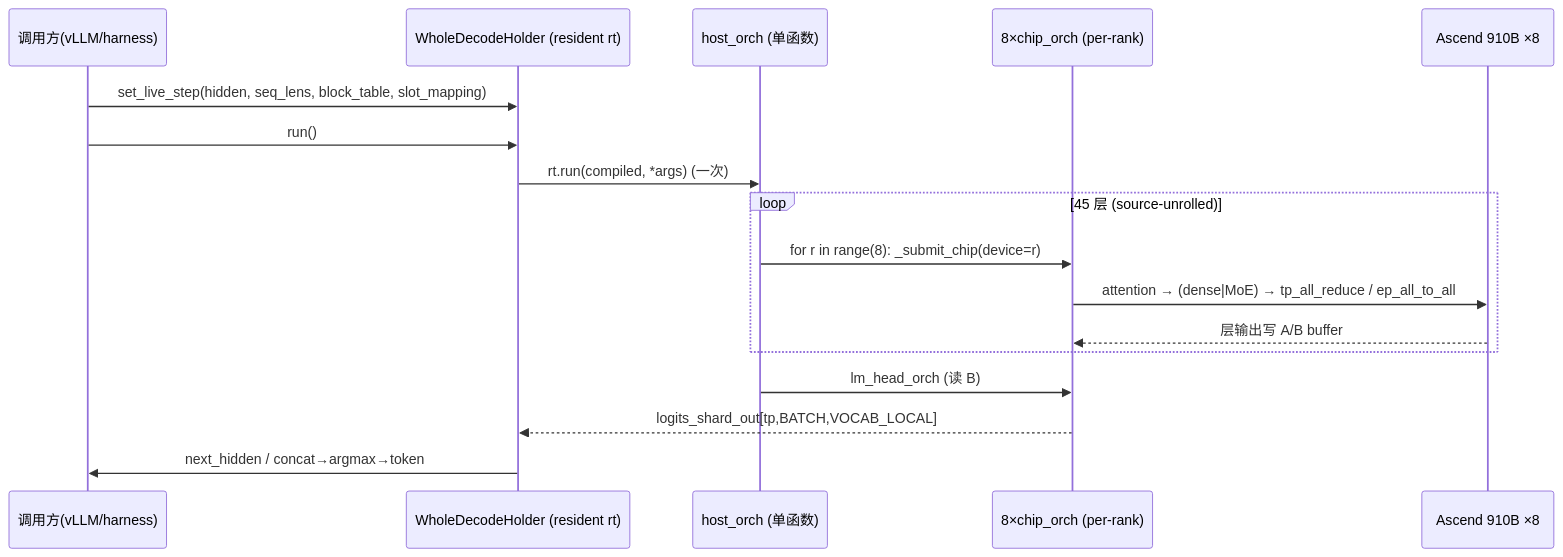
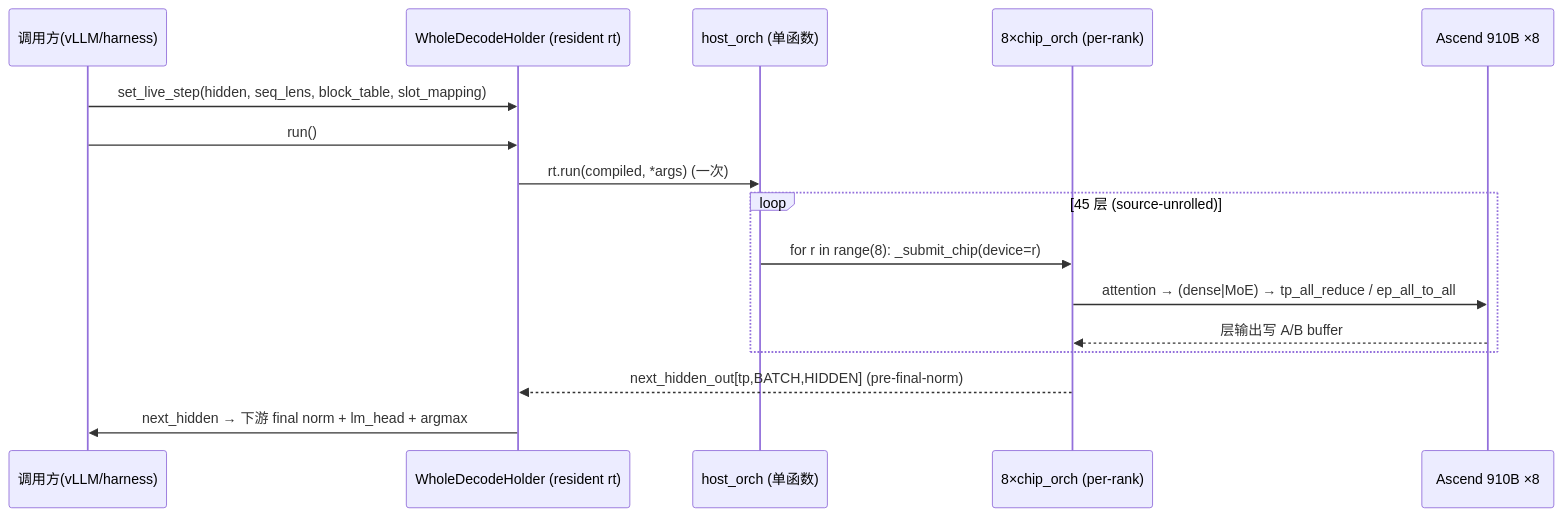
One commit to csy0225/pypto-project changed the fourth of 4 diagrams in design/whole-net/01-system-design.md. Above: the diagram before and after it, drawn with Mermaid. The commit also changed other lines of this file and 4 other files, not shown here.

````diff
--- a/design/whole-net/01-system-design.md
+++ b/design/whole-net/01-system-design.md
@@ -146,20 +153,19 @@
 ```mermaid
 sequenceDiagram
     participant Caller as 调用方(vLLM/harness)
     participant Holder as WholeDecodeHolder (resident rt)
     participant Host as host_orch (单函数)
     participant Chips as 8×chip_orch (per-rank)
     participant HW as Ascend 910B ×8
 
     Caller->>Holder: set_live_step(hidden, seq_lens, block_table, slot_mapping)
     Caller->>Holder: run()
     Holder->>Host: rt.run(compiled, *args)  (一次)
     loop 45 层 (source-unrolled)
         Host->>Chips: for r in range(8): _submit_chip(device=r)
         Chips->>HW: attention → (dense|MoE) → tp_all_reduce / ep_all_to_all
         HW-->>Chips: 层输出写 A/B buffer
     end
-    Host->>Chips: lm_head_orch (读 B)
-    Chips-->>Holder: logits_shard_out[tp,BATCH,VOCAB_LOCAL]
-    Holder->>Caller: next_hidden / concat→argmax→token
+    Chips-->>Holder: next_hidden_out[tp,BATCH,HIDDEN] (pre-final-norm)
+    Holder->>Caller: next_hidden → 下游 final norm + lm_head + argmax
 ```
````
